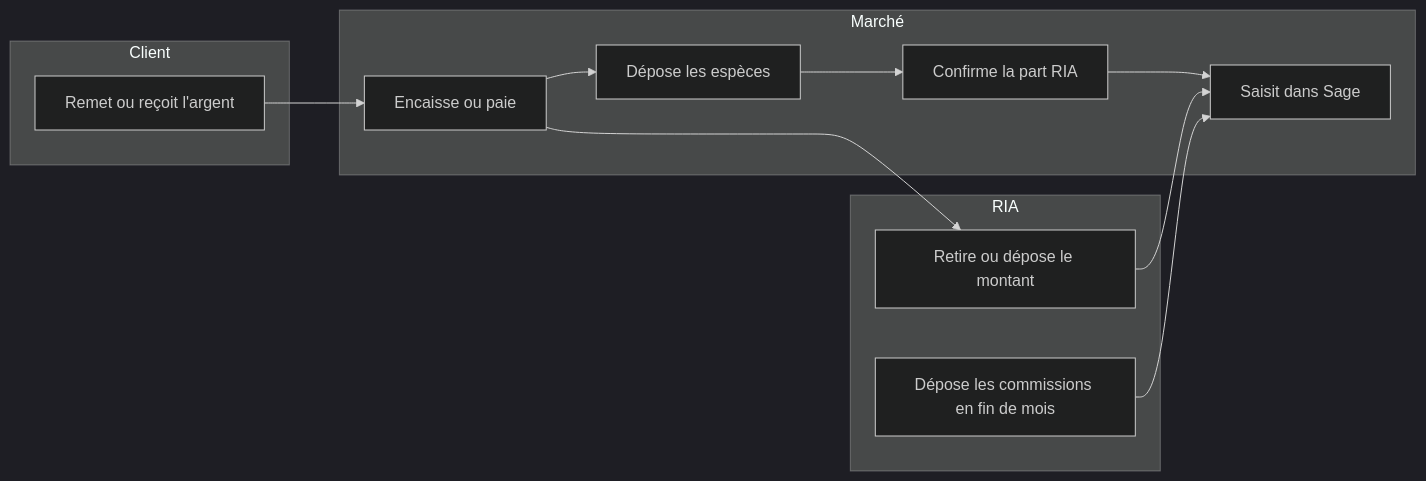
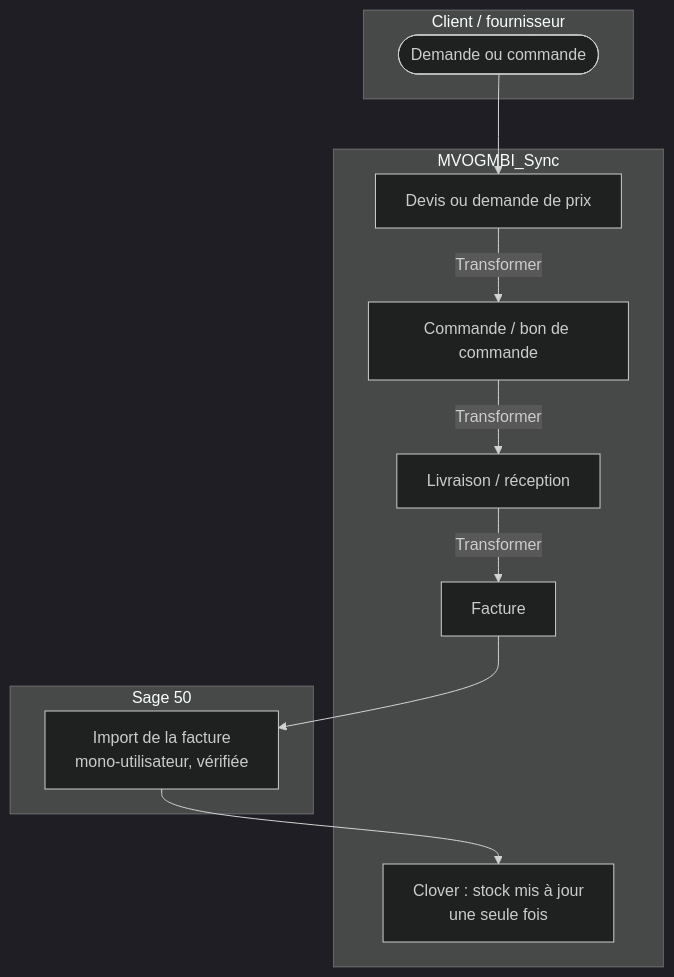
Before and after one commit to mteingueng-dot/MVOGMBI_Sync_2026.1: the sixth of 7 diagrams in documentation/PROCESSUS_BPM.md, drawn with Mermaid (dark theme). The commit also changed other lines of this file and 27 other files, not shown here.

First line of the commit message:
Versions 1.0.10 et 1.0.11 : rubrique RIA, règles d'affaires, documentation à jour

````diff
--- a/documentation/PROCESSUS_BPM.md
+++ b/documentation/PROCESSUS_BPM.md
@@ -150,19 +183,17 @@
 ```mermaid
-flowchart LR
-    subgraph Client
-        A[Remet ou reçoit l'argent]
+flowchart TB
+    subgraph CLI2["Client / fournisseur"]
+        A1([Demande ou commande])
     end
-    subgraph Marché
-        B[Encaisse ou paie]
-        C[Dépose les espèces]
-        D[Confirme la part RIA]
-        E[Saisit dans Sage]
+    subgraph APPD["MVOGMBI_Sync"]
+        B1[Devis ou demande de prix]
+        B2[Commande / bon de commande]
+        B3[Livraison / réception]
+        B4[Facture]
+        B5[Clover : stock mis à jour<br/>une seule fois]
     end
-    subgraph RIA
-        F[Retire ou dépose le montant]
-        G[Dépose les commissions en fin de mois]
+    subgraph SAGED["Sage 50"]
+        C1[Import de la facture<br/>mono-utilisateur, vérifiée]
     end
-    A --> B --> C --> D --> E
-    B --> F --> E
-    G --> E
+    A1 --> B1 -- Transformer --> B2 -- Transformer --> B3 -- Transformer --> B4 --> C1 --> B5
 ```
````
